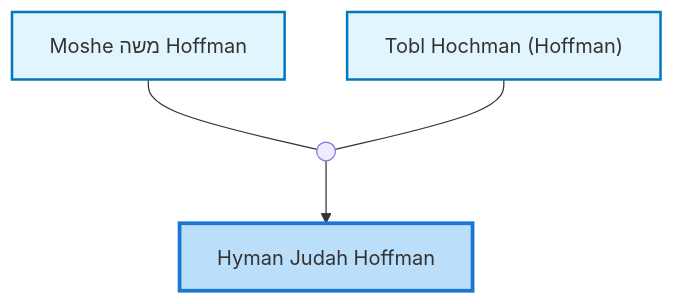
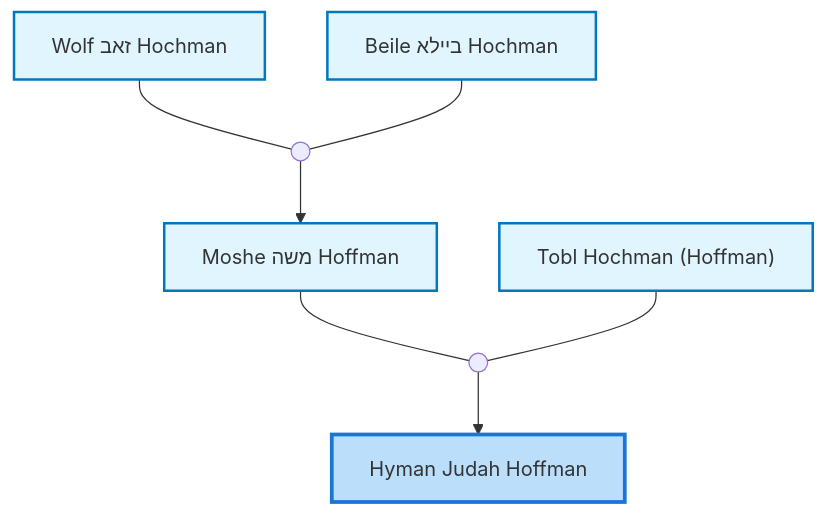
One commit to moshehoff/FamilyHistory changed the second of 3 diagrams in site/content/profiles/Hyman Judah Hoffman.md. Above: the diagram before and after it, drawn with Mermaid. The commit also changed other lines of this file and 133 other files, not shown here.

Commit message:
Update Moshe Hoffman ID: I10 -> I11052340 and rename I38516664 biography

````diff
--- a/site/content/profiles/Hyman Judah Hoffman.md
+++ b/site/content/profiles/Hyman Judah Hoffman.md
@@ -61,19 +61,29 @@
 ```mermaid
 flowchart TD
 classDef person fill:#e1f5fe,stroke:#0277bd,stroke-width:2px;
 classDef internal-link fill:#e1f5fe,stroke:#0277bd,stroke-width:2px;
 classDef current fill:#bbdefb,stroke:#1976d2,stroke-width:3px;
-idI2["Hyman Judah Hoffman"]
-class idI2 current
-click idI2 "../profiles/Hyman-Judah-Hoffman" "Hyman Judah Hoffman"
-idI10["Moshe משה Hoffman"]
-class idI10 internal-link
-click idI10 "../profiles/Moshe-%D7%9E%D7%A9%D7%94-Hoffman" "Moshe משה Hoffman"
-idI11["Tobl Hochman (Hoffman)"]
-class idI11 internal-link
-click idI11 "../profiles/Tobl-Hochman-%28Hoffman%29" "Tobl Hochman (Hoffman)"
-marriage_idF3((" "))
-idI10 --- marriage_idF3
-idI11 --- marriage_idF3
-marriage_idF3 --> idI2
+idI11052350["Hyman Judah Hoffman"]
+class idI11052350 current
+click idI11052350 "../profiles/Hyman-Judah-Hoffman" "Hyman Judah Hoffman"
+idI11052340["Moshe משה Hoffman"]
+class idI11052340 internal-link
+click idI11052340 "../profiles/Moshe-%D7%9E%D7%A9%D7%94-Hoffman" "Moshe משה Hoffman"
+idI38735986["Tobl Hochman (Hoffman)"]
+class idI38735986 internal-link
+click idI38735986 "../profiles/Tobl-Hochman-%28Hoffman%29" "Tobl Hochman (Hoffman)"
+marriage_idF3776794((" "))
+idI11052340 --- marriage_idF3776794
+idI38735986 --- marriage_idF3776794
+marriage_idF3776794 --> idI11052350
+idI11032885["Wolf זאב Hochman"]
+class idI11032885 internal-link
+click idI11032885 "../profiles/Wolf-%D7%96%D7%90%D7%91-Hochman" "Wolf זאב Hochman"
+idI11032895["Beile ביילא Hochman"]
+class idI11032895 internal-link
+click idI11032895 "../profiles/Beile-%D7%91%D7%99%D7%99%D7%9C%D7%90-Hochman" "Beile ביילא Hochman"
+marriage_idF3770106((" "))
+idI11032885 --- marriage_idF3770106
+idI11032895 --- marriage_idF3770106
+marriage_idF3770106 --> idI11052340
 ```
````
